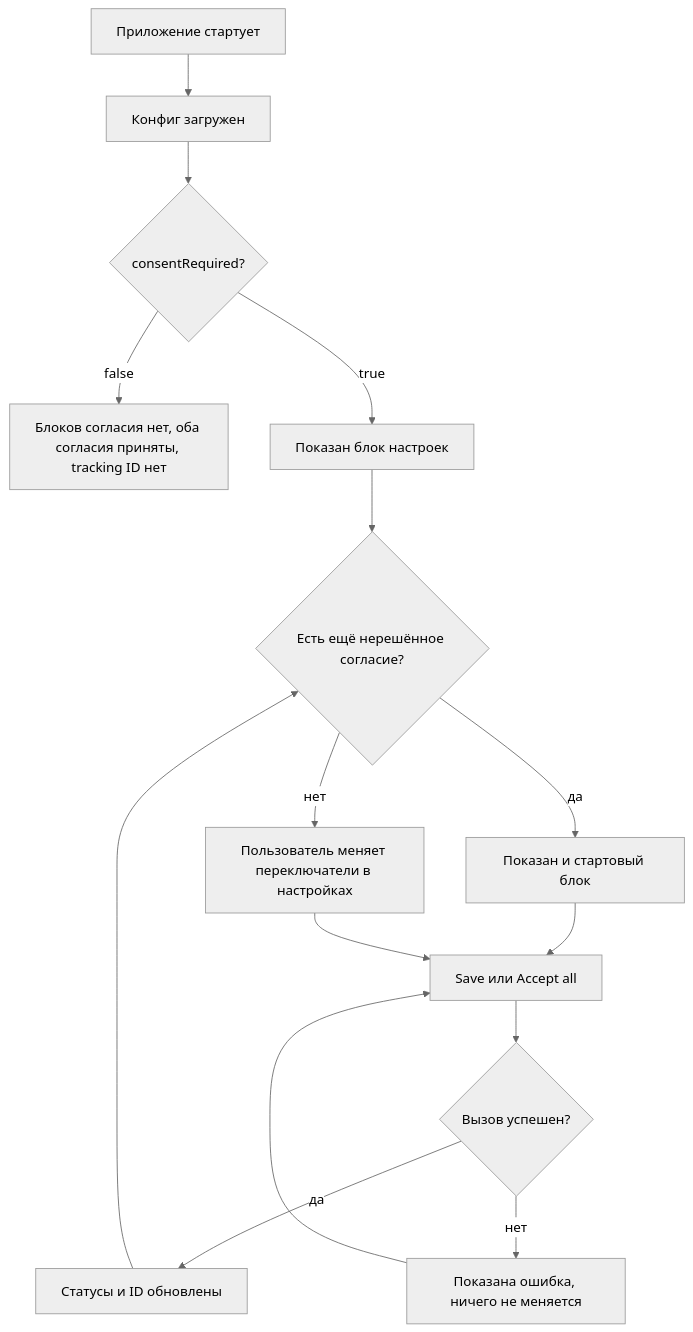
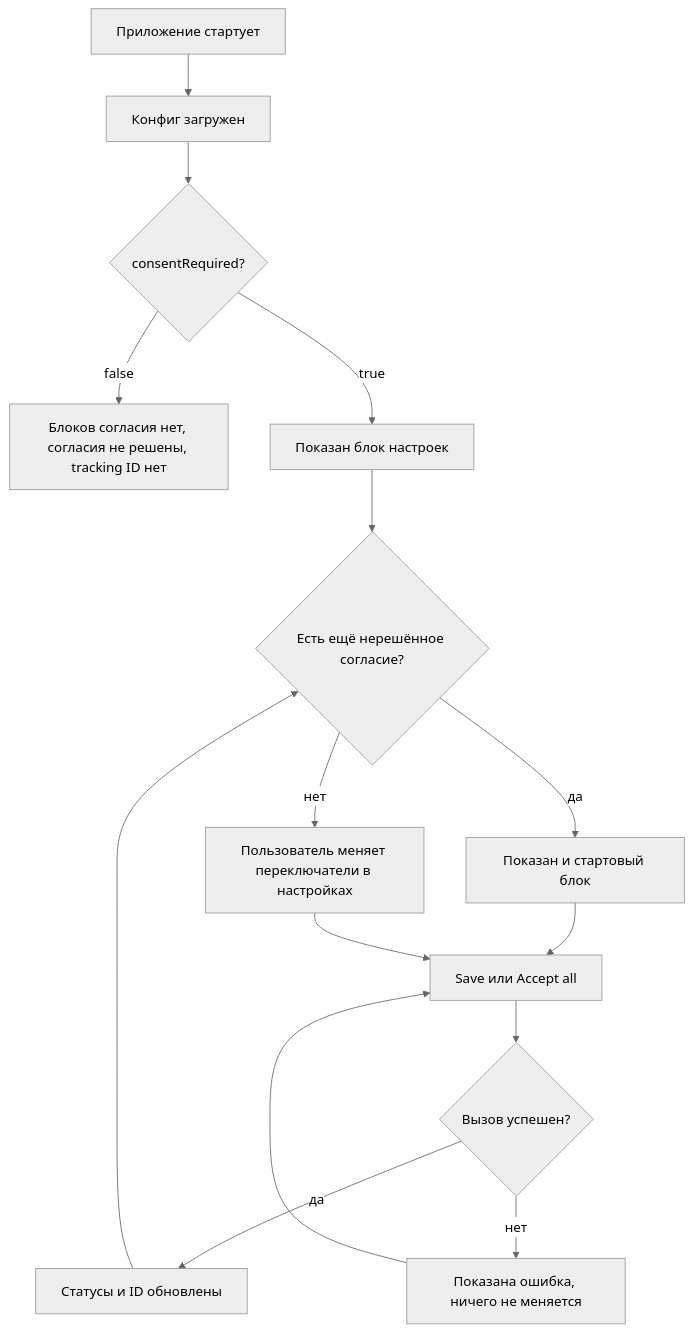
The diagram in playground/app/docs/features/identity-tracking-consent/ru/prd.md (fedorovsky/docs), drawn with Mermaid (neutral theme) before and after one commit. The commit also changed other lines of this file and 9 other files, not shown here.

First line of the commit message:
Leave both consents NotDecided when consentRequired is false

````diff
--- a/playground/app/docs/features/identity-tracking-consent/ru/prd.md
+++ b/playground/app/docs/features/identity-tracking-consent/ru/prd.md
@@ -50,17 +50,17 @@
 ```mermaid
 flowchart TD
   Start[Приложение стартует] --> Config[Конфиг загружен]
   Config --> Required{consentRequired?}
-  Required -- false --> Hidden[Блоков согласия нет, оба согласия приняты, tracking ID нет]
+  Required -- false --> Hidden[Блоков согласия нет, согласия не решены, tracking ID нет]
   Required -- true --> Settings[Показан блок настроек]
   Settings --> Undecided{Есть ещё нерешённое согласие?}
   Undecided -- да --> Initial[Показан и стартовый блок]
   Undecided -- нет --> Wait[Пользователь меняет переключатели в настройках]
   Initial --> Save[Save или Accept all]
   Wait --> Save
   Save --> Result{Вызов успешен?}
   Result -- да --> Updated[Статусы и ID обновлены]
   Result -- нет --> Error[Показана ошибка, ничего не меняется]
   Updated --> Undecided
   Error --> Save
 ```
````
